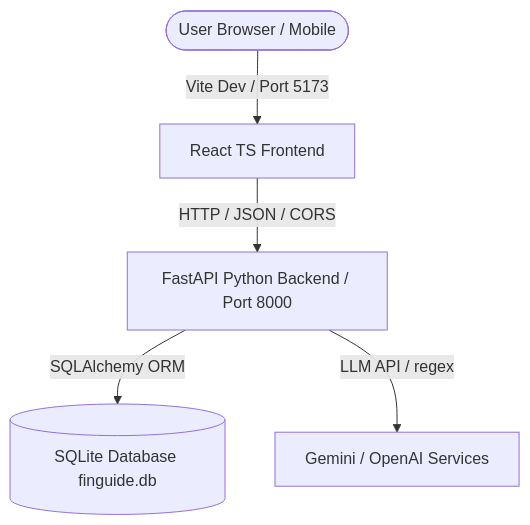
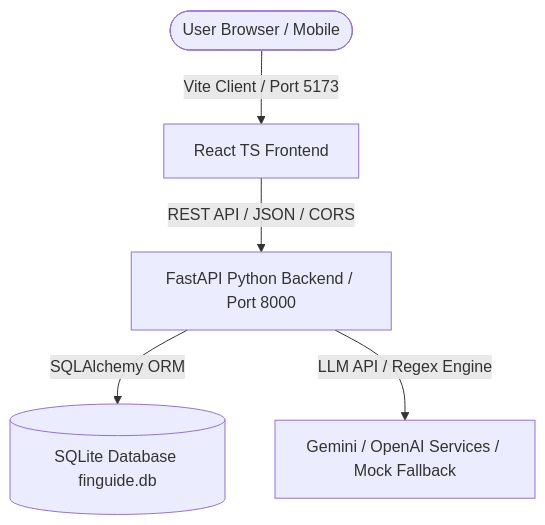
Before and after one commit to ahad98909/FinGuide-AI: the diagram in README.md, drawn with Mermaid. The commit also changed other lines of this file and 57 other files, not shown here.

````diff
--- a/README.md
+++ b/README.md
@@ -26,7 +64,7 @@
 ```mermaid
 graph TD
-    User([User Browser / Mobile]) -->|Vite Dev / Port 5173| FE[React TS Frontend]
-    FE -->|HTTP / JSON / CORS| BE[FastAPI Python Backend / Port 8000]
+    User([User Browser / Mobile]) -->|Vite Client / Port 5173| FE[React TS Frontend]
+    FE -->|REST API / JSON / CORS| BE[FastAPI Python Backend / Port 8000]
     BE -->|SQLAlchemy ORM| DB[(SQLite Database finguide.db)]
-    BE -->|LLM API / regex| AI[Gemini / OpenAI Services]
+    BE -->|LLM API / Regex Engine| AI[Gemini / OpenAI Services / Mock Fallback]
 ```
````
